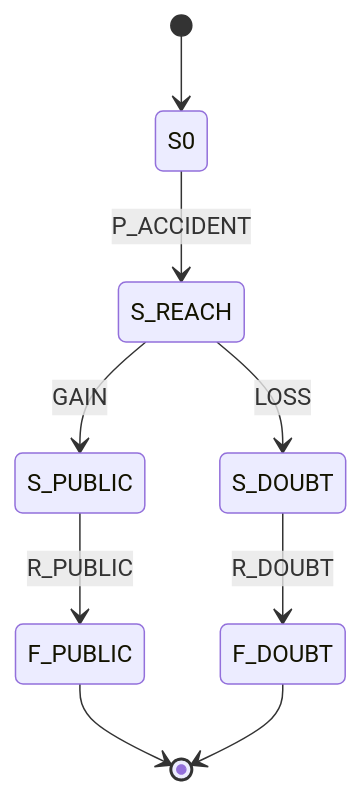
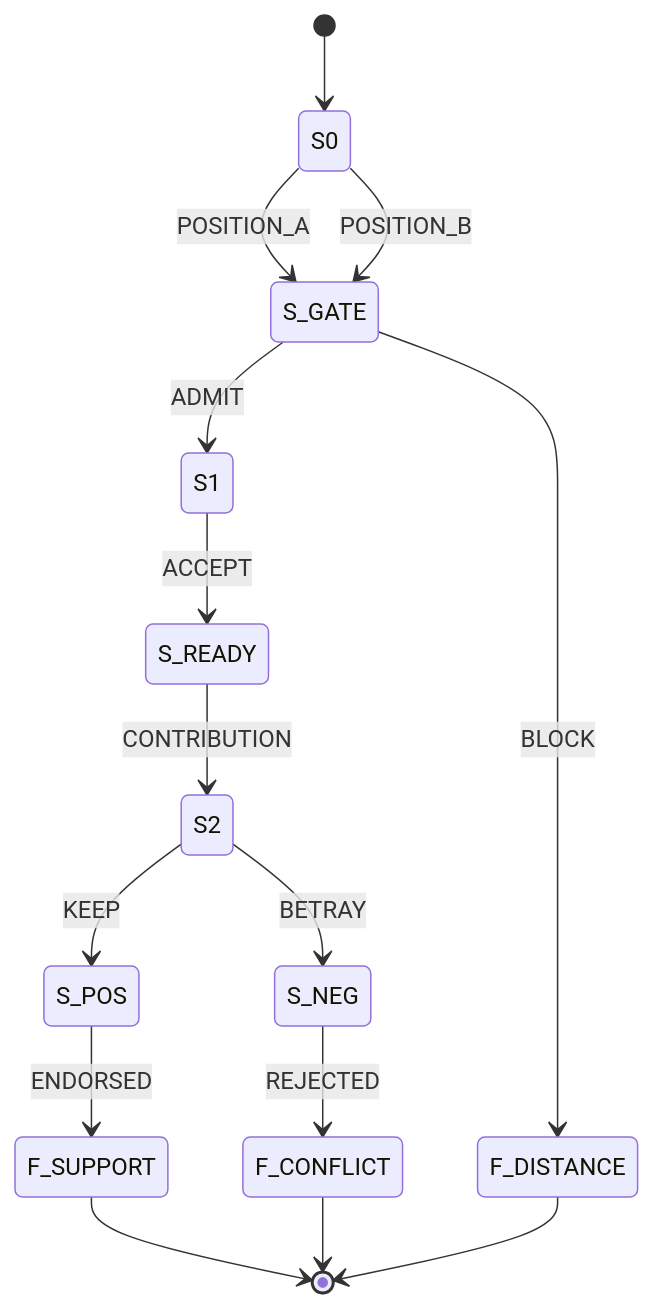
Before and after one commit to Stepami/golden-mouth: the second of 16 diagrams in docs/content-review/stories.md, drawn with Mermaid. The commit also changed other lines of this file and 6 other files, not shown here.

````diff
--- a/docs/content-review/stories.md
+++ b/docs/content-review/stories.md
@@ -270,11 +345,17 @@
 ```mermaid
 stateDiagram-v2
     [*] --> S0
-    S0 --> S_REACH: P_ACCIDENT
-    S_REACH --> S_PUBLIC: GAIN
-    S_REACH --> S_DOUBT: LOSS
-    S_PUBLIC --> F_PUBLIC: R_PUBLIC
-    S_DOUBT --> F_DOUBT: R_DOUBT
-    F_PUBLIC --> [*]
-    F_DOUBT --> [*]
+    S0 --> S_GATE: POSITION_A
+    S0 --> S_GATE: POSITION_B
+    S_GATE --> S1: ADMIT
+    S_GATE --> F_DISTANCE: BLOCK
+    S1 --> S_READY: ACCEPT
+    S_READY --> S2: CONTRIBUTION
+    S2 --> S_POS: KEEP
+    S2 --> S_NEG: BETRAY
+    S_POS --> F_SUPPORT: ENDORSED
+    S_NEG --> F_CONFLICT: REJECTED
+    F_SUPPORT --> [*]
+    F_CONFLICT --> [*]
+    F_DISTANCE --> [*]
 ```
````
